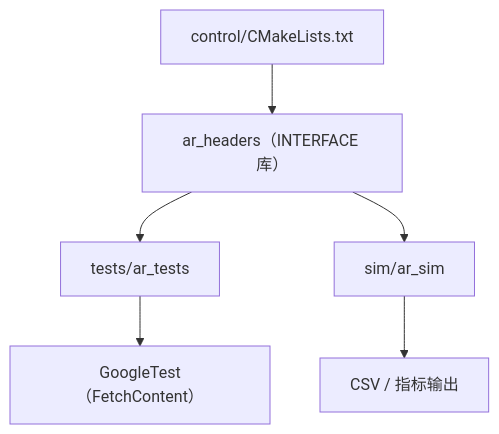
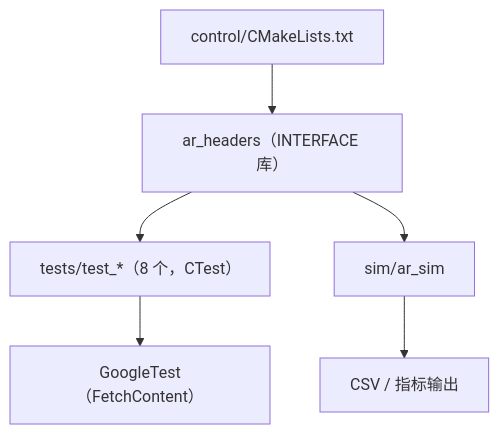
One commit to jimaka/auto_rudder changed diagram 19 of 19 in 软件设计与架构文档.md. Above: the diagram before and after it, drawn with Mermaid. The commit also changed other lines of this file and 15 other files, not shown here.

````diff
--- a/软件设计与架构文档.md
+++ b/软件设计与架构文档.md
@@ -772,8 +946,8 @@
 ```mermaid
 graph TD
     CMAKE["control/CMakeLists.txt"] --> INTF["ar_headers（INTERFACE 库）"]
-    INTF --> TESTS["tests/ar_tests"]
+    INTF --> TESTS["tests/test_*（8 个，CTest）"]
     INTF --> SIM["sim/ar_sim"]
     TESTS --> GT["GoogleTest（FetchContent）"]
     SIM --> OUT["CSV / 指标输出"]
 ```
````
